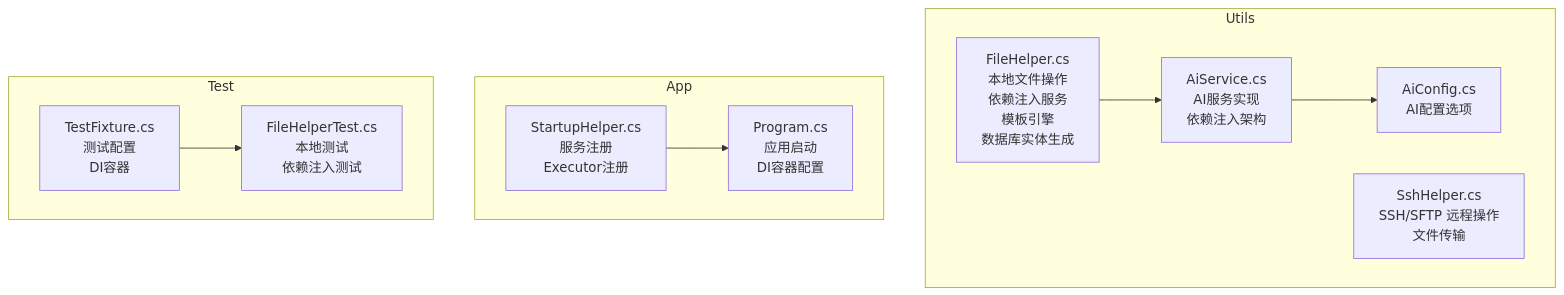
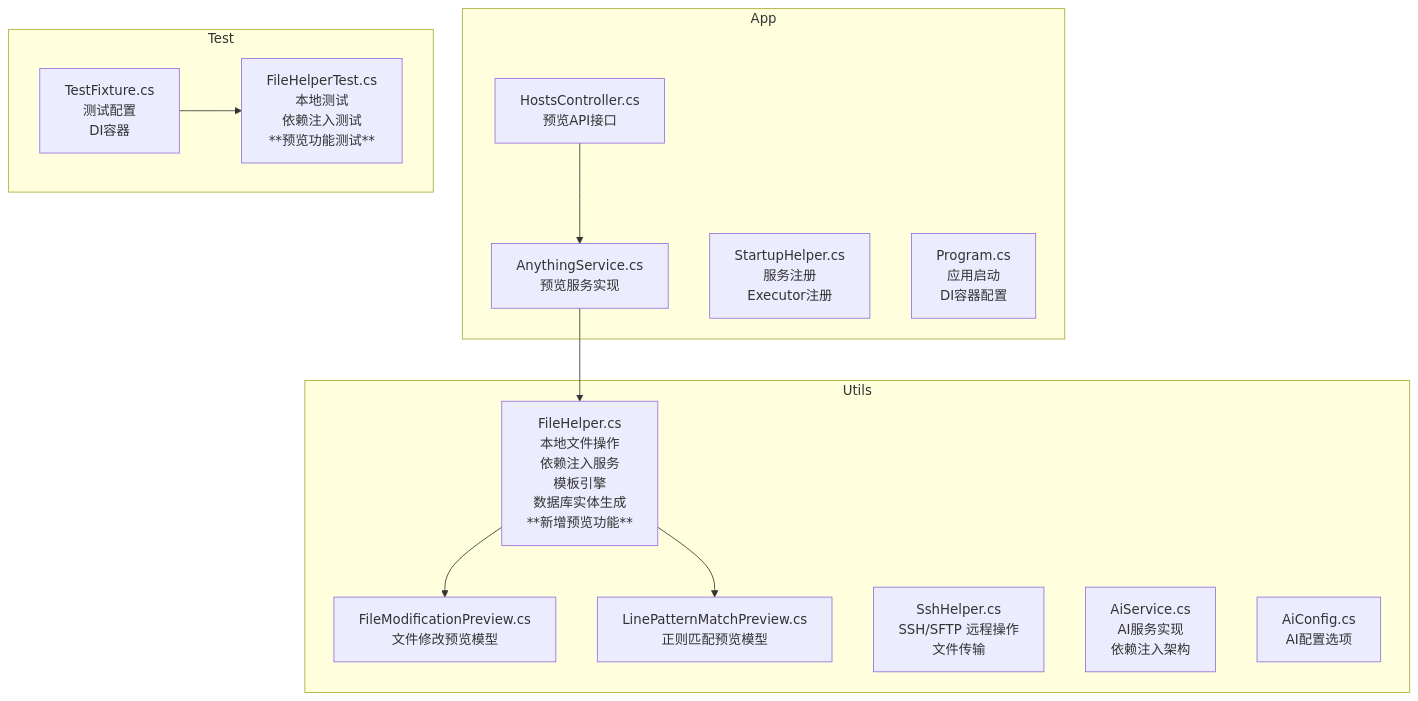
Before and after one commit to Sosososolong/AirGo: the first of 8 diagrams in .qoder/repowiki/zh/content/工具库详解/文件操作工具.md, drawn with Mermaid. The commit also changed other lines of this file and 12 other files, not shown here.

````diff
--- a/.qoder/repowiki/zh/content/工具库详解/文件操作工具.md
+++ b/.qoder/repowiki/zh/content/工具库详解/文件操作工具.md
@@ -54,21 +61,26 @@
 ```mermaid
 graph TB
 subgraph "Utils"
-FH["FileHelper.cs<br/>本地文件操作<br/>依赖注入服务<br/>模板引擎<br/>数据库实体生成"]
+FH["FileHelper.cs<br/>本地文件操作<br/>依赖注入服务<br/>模板引擎<br/>数据库实体生成<br/>**新增预览功能**"]
+FMP["FileModificationPreview.cs<br/>文件修改预览模型"]
+LPM["LinePatternMatchPreview.cs<br/>正则匹配预览模型"]
 SH["SshHelper.cs<br/>SSH/SFTP 远程操作<br/>文件传输"]
 AS["AiService.cs<br/>AI服务实现<br/>依赖注入架构"]
 AC["AiConfig.cs<br/>AI配置选项"]
 end
 subgraph "App"
+HC["HostsController.cs<br/>预览API接口"]
+ASVC["AnythingService.cs<br/>预览服务实现"]
 SHU["StartupHelper.cs<br/>服务注册<br/>Executor注册"]
 PRG["Program.cs<br/>应用启动<br/>DI容器配置"]
 end
 subgraph "Test"
 TF["TestFixture.cs<br/>测试配置<br/>DI容器"]
-FHT["FileHelperTest.cs<br/>本地测试<br/>依赖注入测试"]
+FHT["FileHelperTest.cs<br/>本地测试<br/>依赖注入测试<br/>**预览功能测试**"]
 end
-FH --> AS
-AS --> AC
-SHU --> PRG
+FH --> FMP
+FH --> LPM
+HC --> ASVC
+ASVC --> FH
 TF --> FHT
 ```
````
